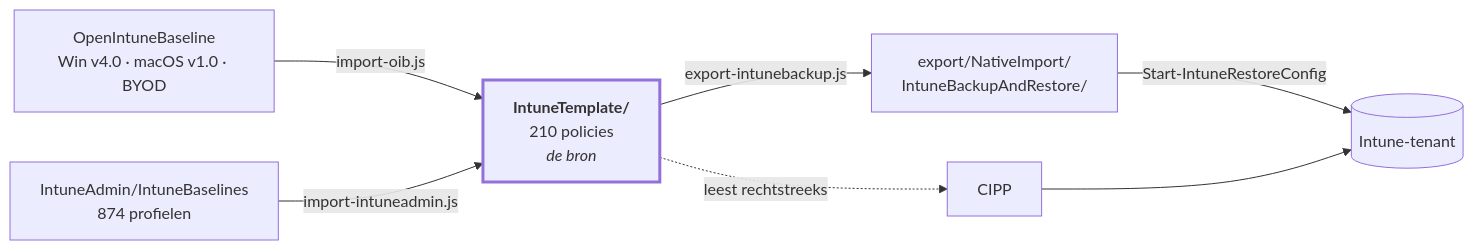
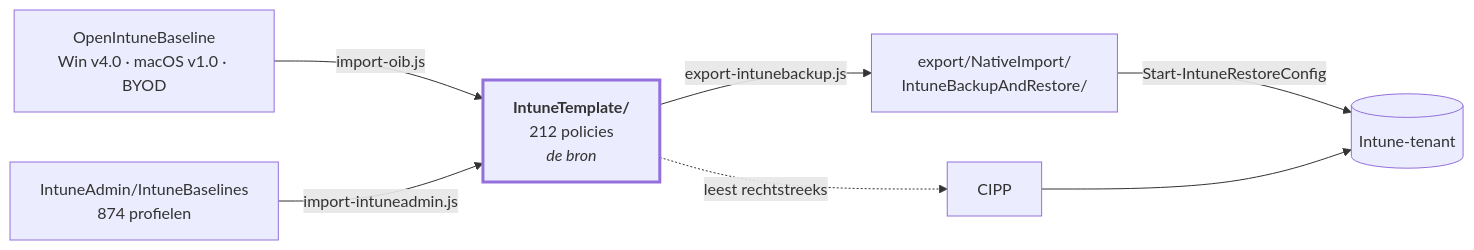
One commit to sjkanon/IntuneBackup changed the diagram in README.md. Above: the diagram before and after it, drawn with Mermaid. The commit also changed other lines of this file and 38 other files, not shown here.

````diff
--- a/README.md
+++ b/README.md
@@ -20,17 +20,17 @@
 ```mermaid
 flowchart LR
   OIB["OpenIntuneBaseline<br/>Win v4.0 · macOS v1.0 · BYOD"]
-  T["<b>IntuneTemplate/</b><br/>210 policies<br/><i>de bron</i>"]
+  T["<b>IntuneTemplate/</b><br/>212 policies<br/><i>de bron</i>"]
   EX["export/NativeImport/<br/>IntuneBackupAndRestore/"]
   TENANT[("Intune-tenant")]
 
   OIB -->|import-oib.js| T
   T -->|export-intunebackup.js| EX
   T -.->|leest rechtstreeks| CIPP[CIPP]
   EX -->|Start-IntuneRestoreConfig| TENANT
   CIPP --> TENANT
 
   IA["IntuneAdmin/IntuneBaselines<br/>874 profielen"] -->|import-intuneadmin.js| T
 
   style T stroke-width:3px
 ```
````
